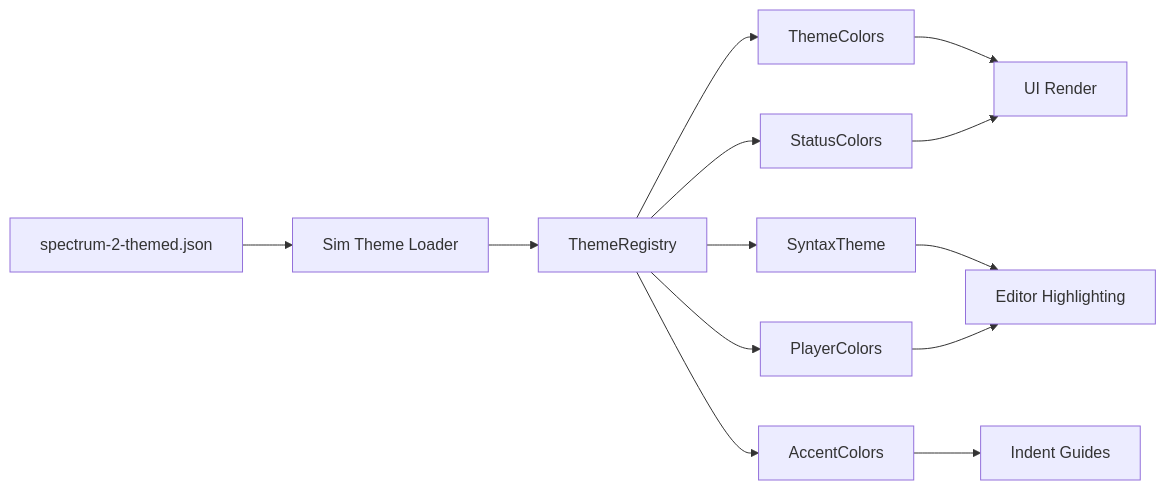
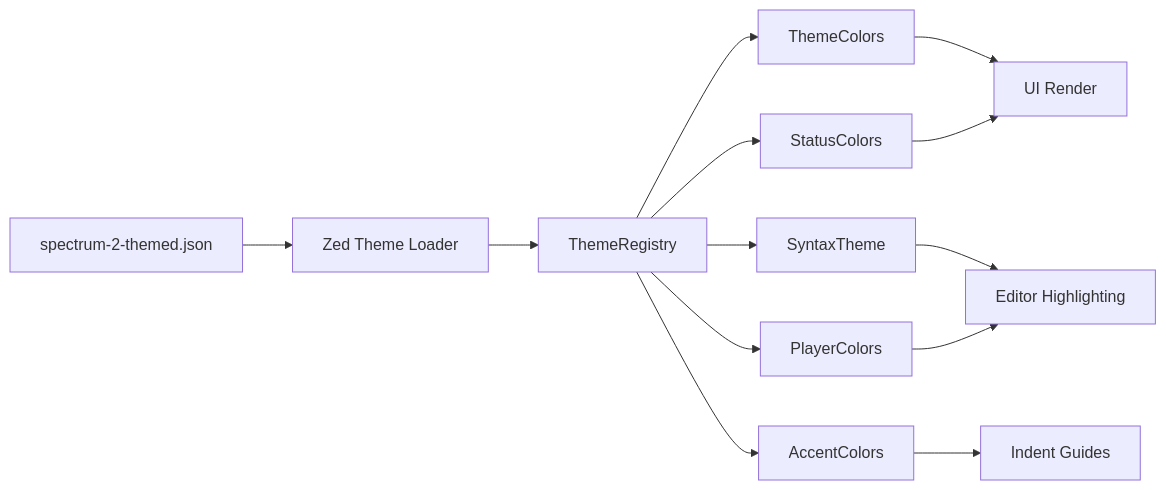
Before and after one commit to imagineerings/xor: the first of 2 diagrams in .agents/specs/spectrum-2-theme/design.md, drawn with Mermaid. The commit also changed other lines of this file and 2547 other files, not shown here.

````diff
--- a/.agents/specs/spectrum-2-theme/design.md
+++ b/.agents/specs/spectrum-2-theme/design.md
@@ -45,15 +45,15 @@
 ```mermaid
 flowchart LR
-    A[spectrum-2-themed.json] --> B[Sim Theme Loader]
+    A[spectrum-2-themed.json] --> B[Zed Theme Loader]
     B --> C[ThemeRegistry]
     C --> D[ThemeColors]
     C --> E[StatusColors]
     C --> F[SyntaxTheme]
     C --> G[PlayerColors]
     C --> H[AccentColors]
     D --> I[UI Render]
     E --> I
     F --> J[Editor Highlighting]
     G --> J
     H --> K[Indent Guides]
 ```
````
